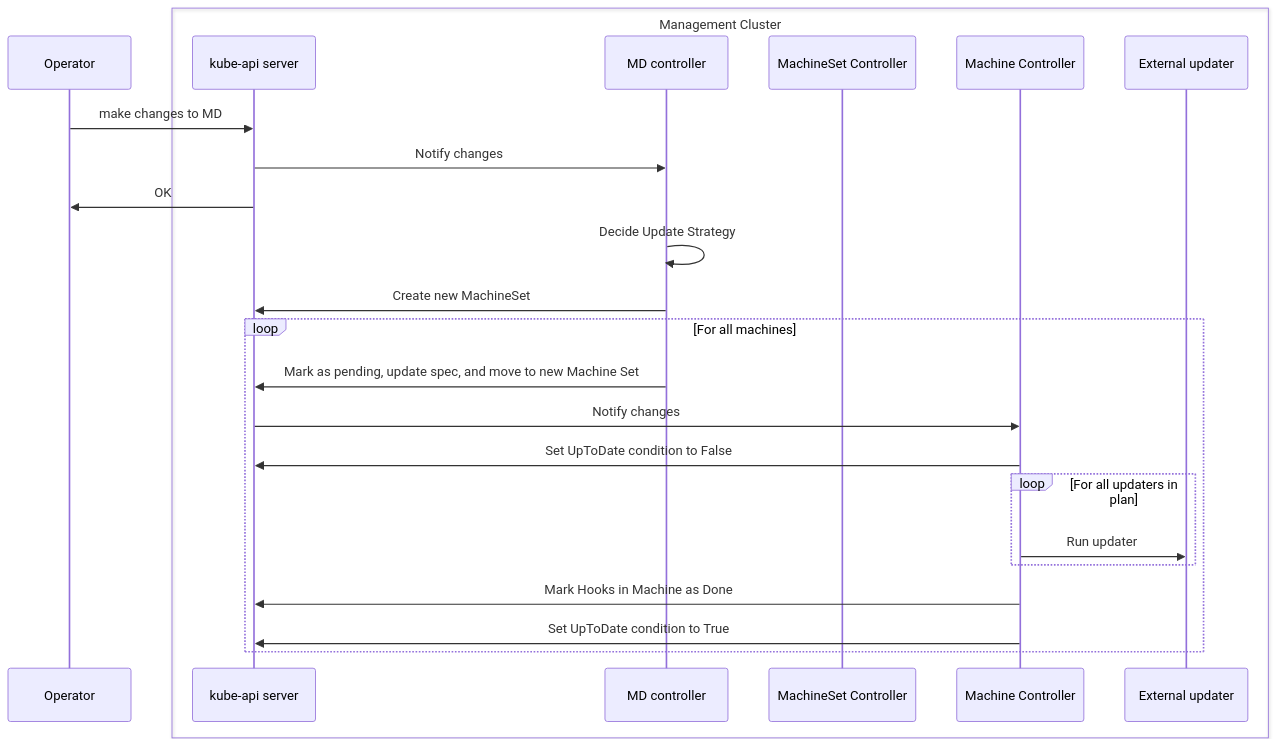
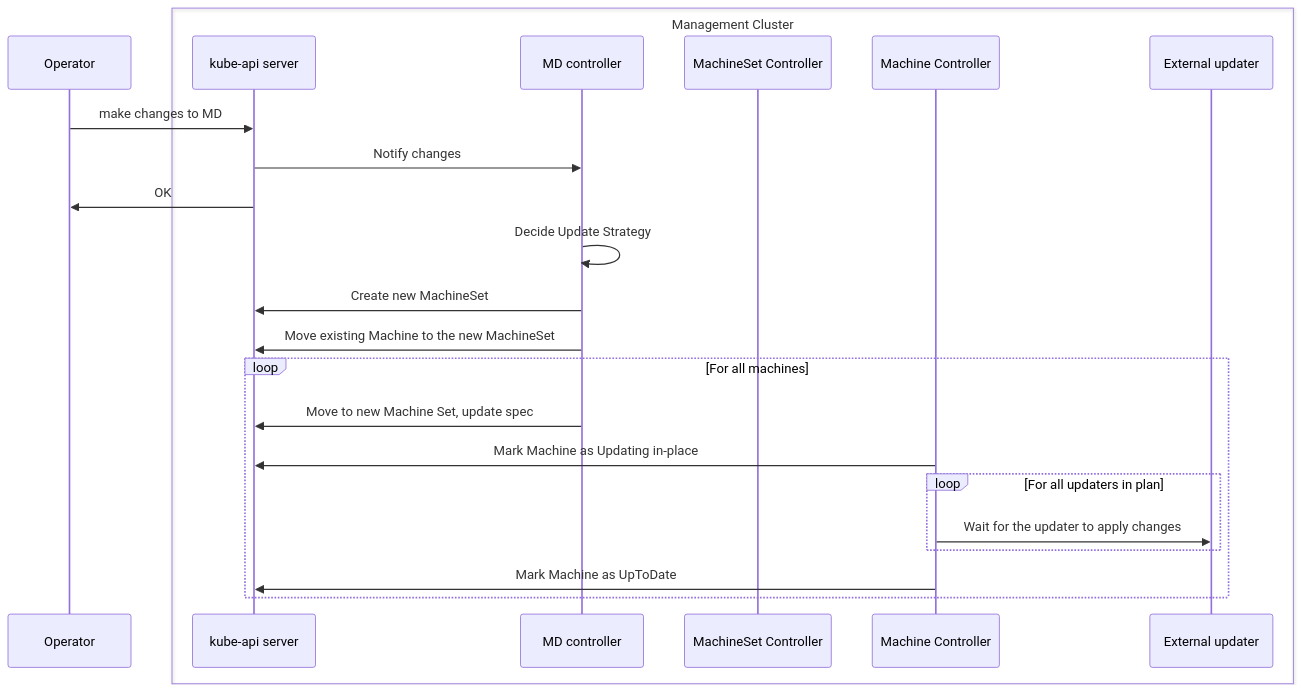
Before and after one commit to kubernetes-sigs/cluster-api: the third of 5 diagrams in docs/proposals/20240807-in-place-updates.md, drawn with Mermaid. The commit also changed other lines of this file and 8 other files, not shown here.

````diff
--- a/docs/proposals/20240807-in-place-updates.md
+++ b/docs/proposals/20240807-in-place-updates.md
@@ -274,28 +294,27 @@
 ```mermaid
 sequenceDiagram
 participant Operator
 
 box Management Cluster
     participant apiserver as kube-api server
     participant capi as MD controller
     participant msc as MachineSet Controller
     participant mach as Machine Controller
     participant hook as External updater
 end
 
 Operator->>apiserver: make changes to MD
 apiserver->>capi: Notify changes
 apiserver->>Operator: OK
 capi->>capi: Decide Update Strategy
 capi->>apiserver: Create new MachineSet
+capi->>apiserver: Move existing Machine to the new MachineSet
 loop For all machines
-    capi->>apiserver: Mark as pending, update spec, and move to new Machine Set
-    apiserver->>mach: Notify changes
-    mach->>apiserver: Set UpToDate condition to False
+    capi->>apiserver: Move to new Machine Set, update spec
+    mach->>apiserver: Mark Machine as Updating in-place
     loop For all updaters in plan
-        mach->>hook: Run updater
+        mach->>hook: Wait for the updater to apply changes
     end
-    mach->>apiserver: Mark Hooks in Machine as Done
-    mach->>apiserver: Set UpToDate condition to True
+    mach->>apiserver: Mark Machine as UpToDate
 end
 ```
````
